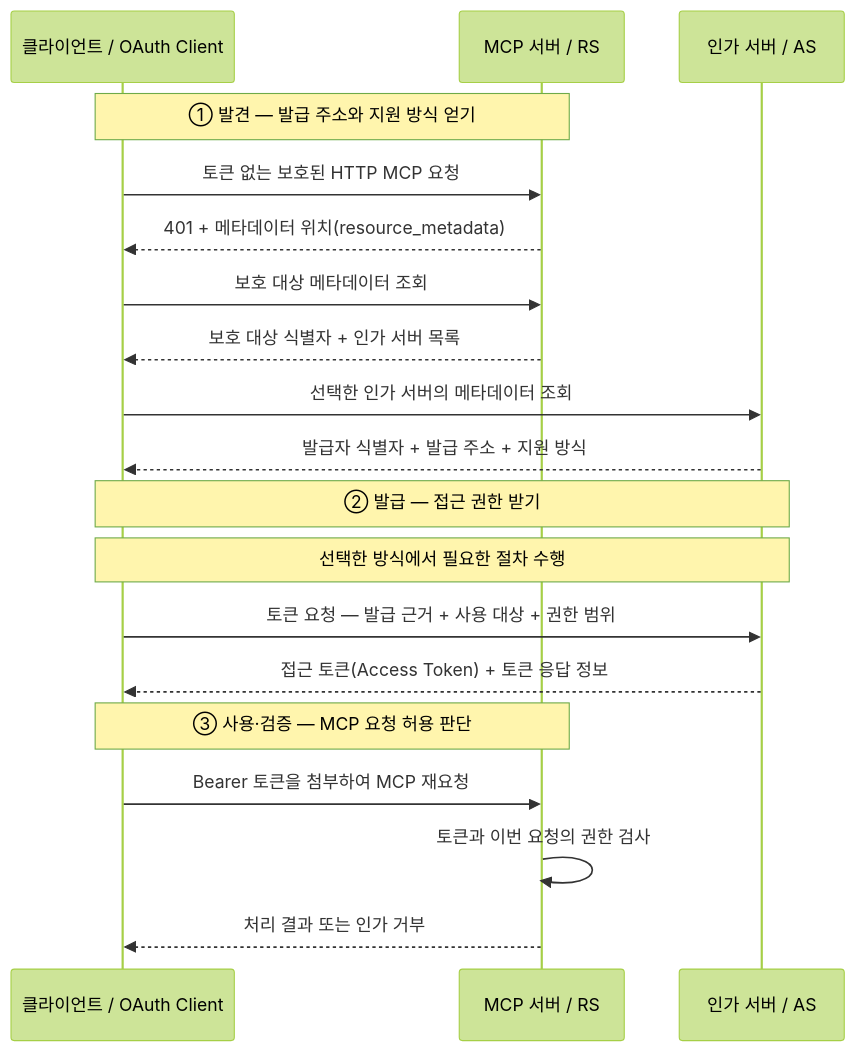
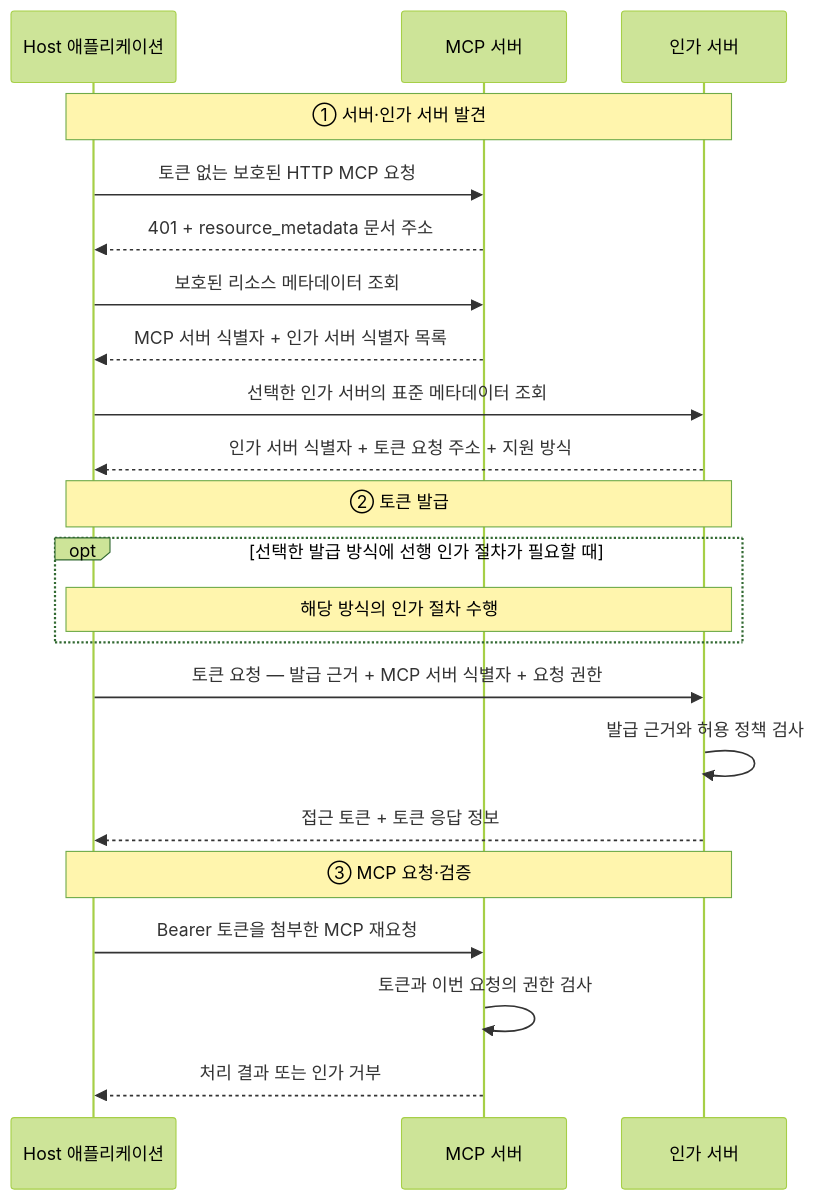
The second of 4 diagrams in notes/oauth2/mcp-oauth2-flow.md (chahoseong/mcp-for-beginners), drawn with Mermaid (forest theme) before and after one commit. The commit also changed other lines of this file and 3 other files, not shown here.

Commit message:
Refactor MCP OAuth2 flow documentation: streamline sections, clarify roles, and enhance flow descriptions

````diff
--- a/notes/oauth2/mcp-oauth2-flow.md
+++ b/notes/oauth2/mcp-oauth2-flow.md
@@ -89,24 +53,27 @@
 ```mermaid
 sequenceDiagram
-    participant C as 클라이언트 / OAuth Client
-    participant M as MCP 서버 / RS
-    participant A as 인가 서버 / AS
+    participant P as Host 애플리케이션
+    participant M as MCP 서버
+    participant A as 인가 서버
 
-    Note over C,M: ① 발견 — 발급 주소와 지원 방식 얻기
-    C->>M: 토큰 없는 보호된 HTTP MCP 요청
-    M-->>C: 401 + 메타데이터 위치(resource_metadata)
-    C->>M: 보호 대상 메타데이터 조회
-    M-->>C: 보호 대상 식별자 + 인가 서버 목록
-    C->>A: 선택한 인가 서버의 메타데이터 조회
-    A-->>C: 발급자 식별자 + 발급 주소 + 지원 방식
+    Note over P,A: ① 서버·인가 서버 발견
+    P->>M: 토큰 없는 보호된 HTTP MCP 요청
+    M-->>P: 401 + resource_metadata 문서 주소
+    P->>M: 보호된 리소스 메타데이터 조회
+    M-->>P: MCP 서버 식별자 + 인가 서버 식별자 목록
+    P->>A: 선택한 인가 서버의 표준 메타데이터 조회
+    A-->>P: 인가 서버 식별자 + 토큰 요청 주소 + 지원 방식
 
-    Note over C,A: ② 발급 — 접근 권한 받기
-    Note over C,A: 선택한 방식에서 필요한 절차 수행
-    C->>A: 토큰 요청 — 발급 근거 + 사용 대상 + 권한 범위
-    A-->>C: 접근 토큰(Access Token) + 토큰 응답 정보
+    Note over P,A: ② 토큰 발급
+    opt 선택한 발급 방식에 선행 인가 절차가 필요할 때
+        Note over P,A: 해당 방식의 인가 절차 수행
+    end
+    P->>A: 토큰 요청 — 발급 근거 + MCP 서버 식별자 + 요청 권한
+    A->>A: 발급 근거와 허용 정책 검사
+    A-->>P: 접근 토큰 + 토큰 응답 정보
 
-    Note over C,M: ③ 사용·검증 — MCP 요청 허용 판단
-    C->>M: Bearer 토큰을 첨부하여 MCP 재요청
+    Note over P,A: ③ MCP 요청·검증
+    P->>M: Bearer 토큰을 첨부한 MCP 재요청
     M->>M: 토큰과 이번 요청의 권한 검사
-    M-->>C: 처리 결과 또는 인가 거부
+    M-->>P: 처리 결과 또는 인가 거부
 ```
````
